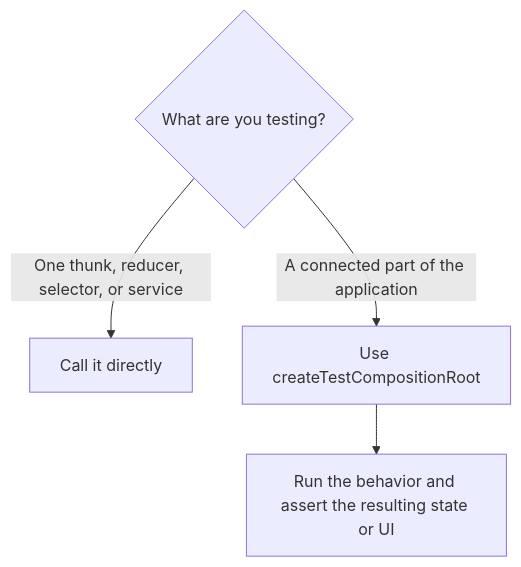
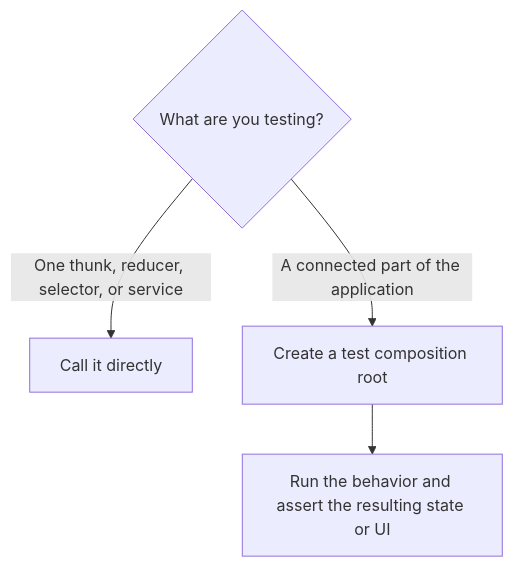
One commit to trezor/trezor-suite changed the diagram in docs/tests/suite-common-test-utils.md. Above: the diagram before and after it, drawn with Mermaid. The commit also changed other lines of this file and 242 other files, not shown here.

````diff
--- a/docs/tests/suite-common-test-utils.md
+++ b/docs/tests/suite-common-test-utils.md
@@ -11,7 +11,7 @@
 ```mermaid
 flowchart TD
     A{What are you testing?}
     A -- One thunk, reducer, selector, or service --> B[Call it directly]
-    A -- A connected part of the application --> C[Use createTestCompositionRoot]
+    A -- A connected part of the application --> C[Create a test composition root]
     C --> D[Run the behavior and assert the resulting state or UI]
 ```
````
